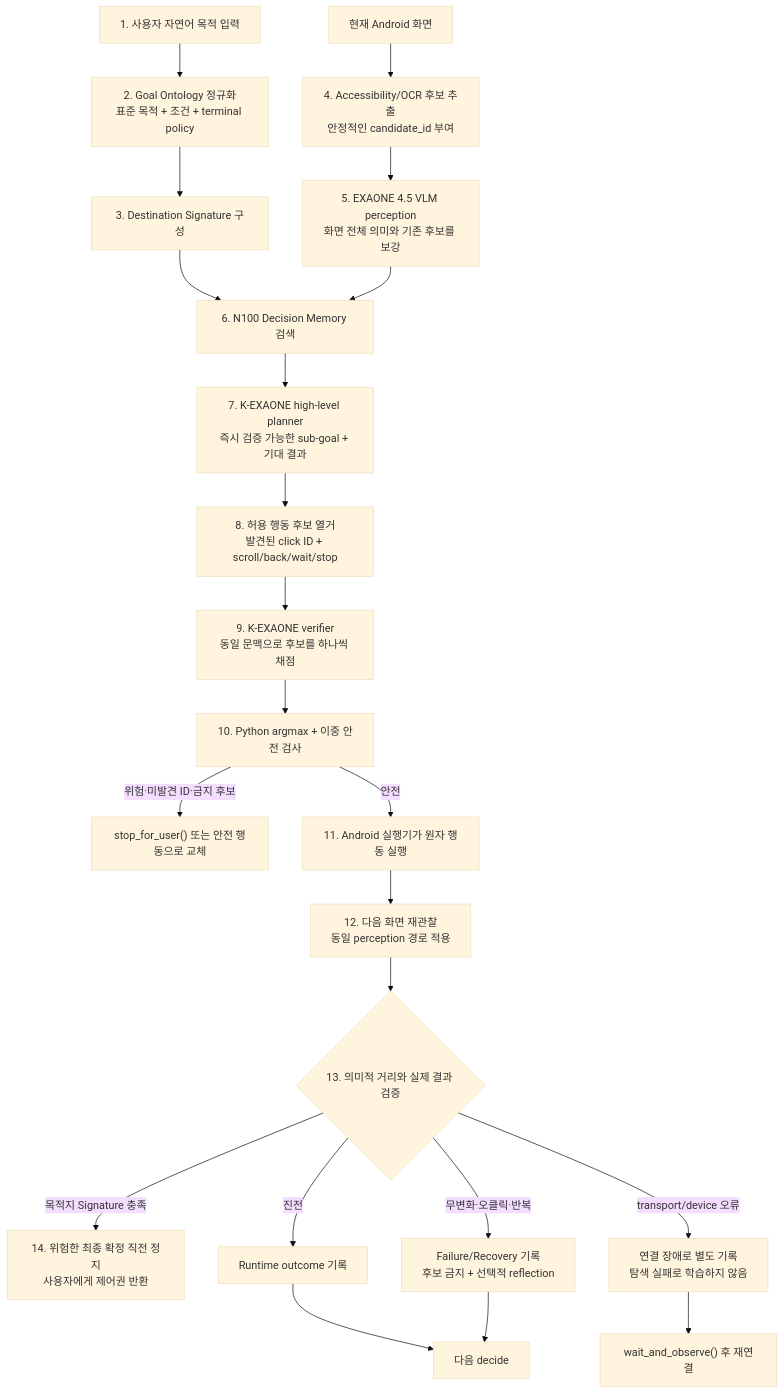
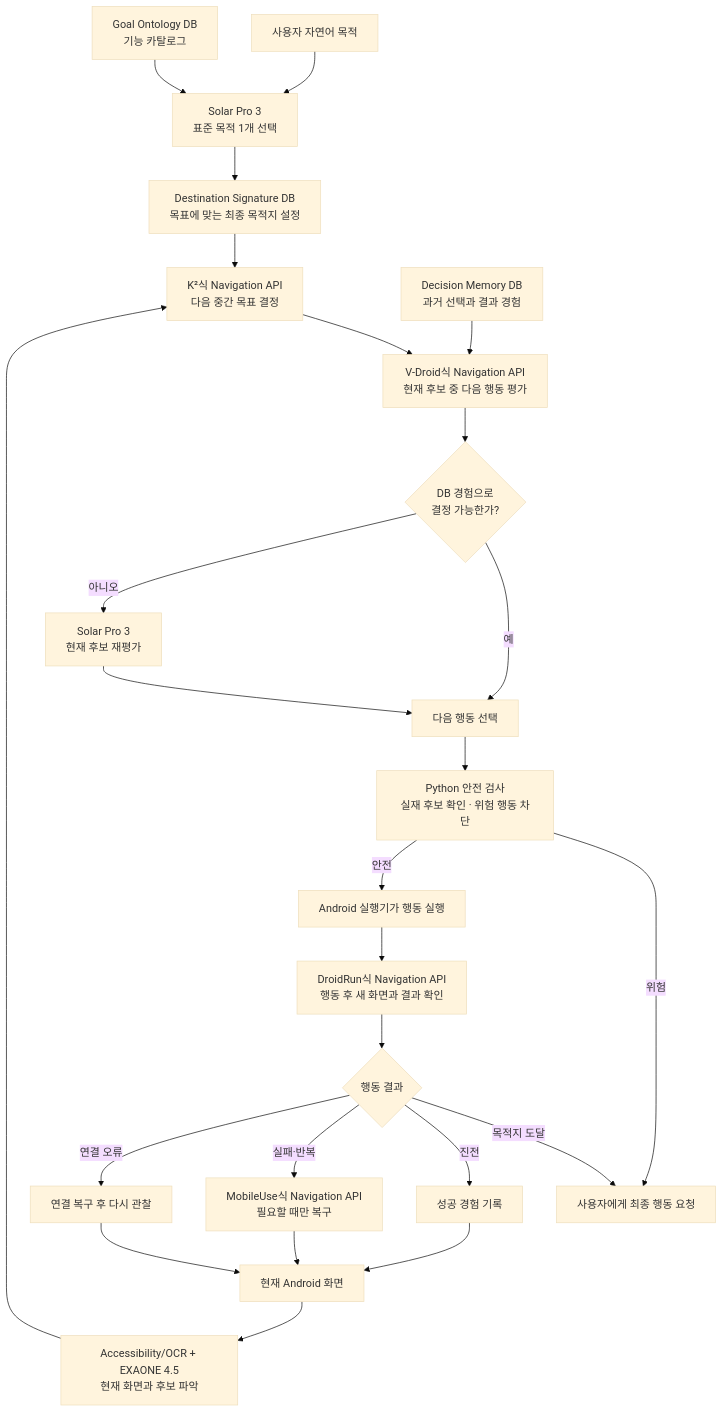
One commit to Sheep-gun/exitguide-navigation changed the second of 2 diagrams in docs/ANDROIDWORLD_RESEARCH_ARCHITECTURE.md. Above: the diagram before and after it, drawn with Mermaid (base theme). The commit also changed other lines of this file and 45 other files, not shown here.

Commit message:
Integrate Solar navigation runtime and executor [skip ci]

````diff
--- a/docs/ANDROIDWORLD_RESEARCH_ARCHITECTURE.md
+++ b/docs/ANDROIDWORLD_RESEARCH_ARCHITECTURE.md
@@ -187,24 +173,31 @@
 ```mermaid
 flowchart TD
-    A["1. 사용자 자연어 목적 입력"] --> B["2. Goal Ontology 정규화<br/>표준 목적 + 조건 + terminal policy"]
-    B --> C["3. Destination Signature 구성"]
-    D["현재 Android 화면"] --> E["4. Accessibility/OCR 후보 추출<br/>안정적인 candidate_id 부여"]
-    E --> F["5. EXAONE 4.5 VLM perception<br/>화면 전체 의미와 기존 후보를 보강"]
-    C --> G["6. N100 Decision Memory 검색"]
-    F --> G
-    G --> H["7. K-EXAONE high-level planner<br/>즉시 검증 가능한 sub-goal + 기대 결과"]
-    H --> I["8. 허용 행동 후보 열거<br/>발견된 click ID + scroll/back/wait/stop"]
-    I --> J["9. K-EXAONE verifier<br/>동일 문맥으로 후보를 하나씩 채점"]
-    J --> K["10. Python argmax + 이중 안전 검사"]
-    K -->|"위험·미발견 ID·금지 후보"| L["stop_for_user() 또는 안전 행동으로 교체"]
-    K -->|"안전"| M["11. Android 실행기가 원자 행동 실행"]
-    M --> N["12. 다음 화면 재관찰<br/>동일 perception 경로 적용"]
-    N --> O{"13. 의미적 거리와 실제 결과 검증"}
-    O -->|"목적지 Signature 충족"| P["14. 위험한 최종 확정 직전 정지<br/>사용자에게 제어권 반환"]
-    O -->|"진전"| Q["Runtime outcome 기록"]
-    O -->|"무변화·오클릭·반복"| R["Failure/Recovery 기록<br/>후보 금지 + 선택적 reflection"]
-    O -->|"transport/device 오류"| S["연결 장애로 별도 기록<br/>탐색 실패로 학습하지 않음"]
-    Q --> A2["다음 decide"]
-    R --> A2
-    S --> T["wait_and_observe() 후 재연결"]
+    USER["사용자 자연어 목적"] --> GOAL["Solar Pro 3<br/>표준 목적 1개 선택"]
+    GOAL_DB["Goal Ontology DB<br/>기능 카탈로그"] --> GOAL
+    GOAL --> DEST["Destination Signature DB<br/>목표에 맞는 최종 목적지 설정"]
+
+    SCREEN["현재 Android 화면"] --> VIEW["Accessibility/OCR + EXAONE 4.5<br/>현재 화면과 후보 파악"]
+    DEST --> K2["K²식 Navigation API<br/>다음 중간 목표 결정"]
+    VIEW --> K2
+
+    K2 --> VDROID["V-Droid식 Navigation API<br/>현재 후보 중 다음 행동 평가"]
+    MEMORY["Decision Memory DB<br/>과거 선택과 결과 경험"] --> VDROID
+    VDROID --> CLEAR{"DB 경험으로<br/>결정 가능한가?"}
+    CLEAR -->|"예"| CHOOSE["다음 행동 선택"]
+    CLEAR -->|"아니오"| SOLAR["Solar Pro 3<br/>현재 후보 재평가"]
+    SOLAR --> CHOOSE
+
+    CHOOSE --> SAFE["Python 안전 검사<br/>실재 후보 확인 · 위험 행동 차단"]
+    SAFE -->|"위험"| STOP["사용자에게 최종 행동 요청"]
+    SAFE -->|"안전"| EXECUTE["Android 실행기가 행동 실행"]
+
+    EXECUTE --> VERIFY["DroidRun식 Navigation API<br/>행동 후 새 화면과 결과 확인"]
+    VERIFY --> RESULT{"행동 결과"}
+    RESULT -->|"목적지 도달"| STOP
+    RESULT -->|"진전"| RECORD["성공 경험 기록"]
+    RECORD --> SCREEN
+    RESULT -->|"실패·반복"| RECOVERY["MobileUse식 Navigation API<br/>필요할 때만 복구"]
+    RECOVERY --> SCREEN
+    RESULT -->|"연결 오류"| WAIT["연결 복구 후 다시 관찰"]
+    WAIT --> SCREEN
 ```
````
